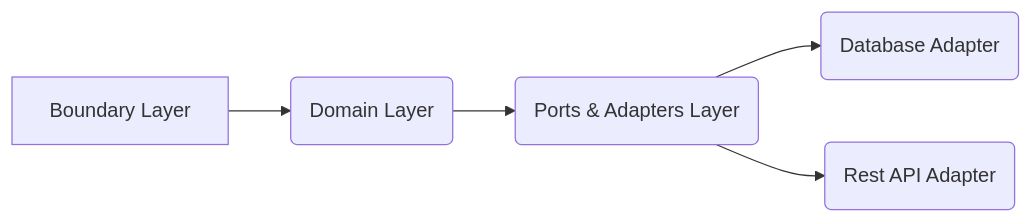
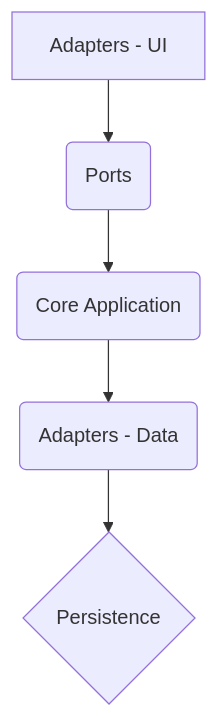
One commit to Joaquinriosheredia/DAM-Java-Mastery changed the eighth of 8 diagrams in Java_Elite/arquitectura_hexagonal_y_ddd_en_java_21:_invariantes_en_agregados,_value_objects_con_records_y_persistencia_desacoplada_con_spring_data_r2dbc_STAFF.md. Above: the diagram before and after it, drawn with Mermaid. The commit also changed other lines of this file, not shown here.

Commit message:
feat: manual de autoridad sobre Arquitectura Hexagonal y DDD en Java 21: Invariantes en Agregados, Value Objects con Records y Persistencia desacoplada con Spring Data R2DBC (Staff Level)

````diff
--- a/Java_Elite/arquitectura_hexagonal_y_ddd_en_java_21:_invariantes_en_agregados,_value_objects_con_records_y_persistencia_desacoplada_con_spring_data_r2dbc_STAFF.md
+++ b/Java_Elite/arquitectura_hexagonal_y_ddd_en_java_21:_invariantes_en_agregados,_value_objects_con_records_y_persistencia_desacoplada_con_spring_data_r2dbc_STAFF.md
@@ -589,7 +685,7 @@
 ```mermaid
-graph LR
-    A[Boundary Layer] --> B(Domain Layer)
-    B --> C(Ports & Adapters Layer)
-    C --> D1(Database Adapter) 
-    C --> D2(Rest API Adapter)
+graph TD;
+    A[Adapters - UI] --> B(Ports)
+    B --> C(Core Application)
+    C --> D(Adapters - Data)
+    D --> E{Persistence}
 ```
````
